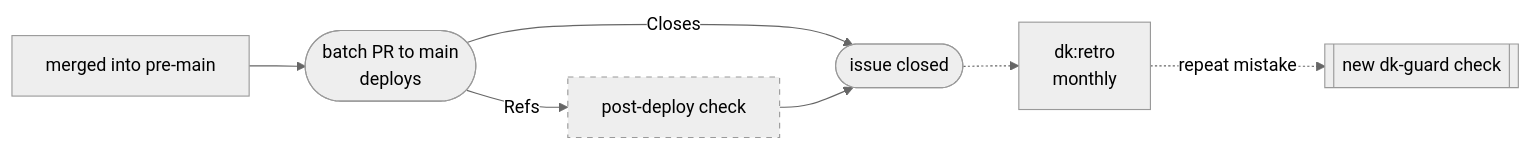
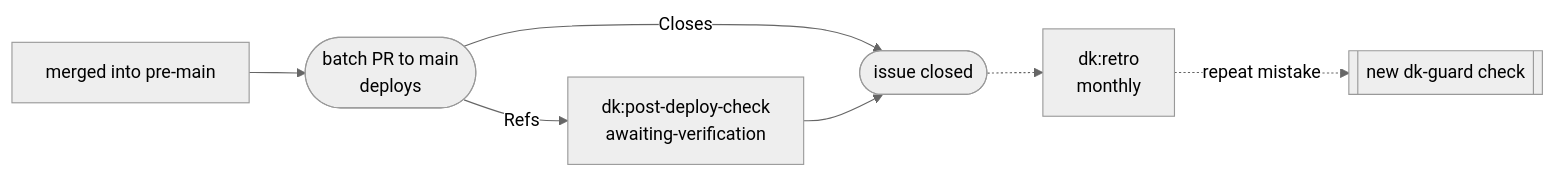
The third of 4 diagrams in README.md (kaminski-dev/dk-agent-kit), drawn with Mermaid (neutral theme) before and after one commit. The commit also changed other lines of this file and 1 other file, not shown here.

Commit message:
Fail the skill check when the README draws a built skill as planned; draw the post-deploy check solid (#12)

````diff
--- a/README.md
+++ b/README.md
@@ -67,11 +67,9 @@
 ```mermaid
 flowchart LR
   pr["merged into pre-main"] --> batch(["batch PR to main<br/>deploys"])
   batch -- "Closes" --> closed(["issue closed"])
-  batch -- "Refs" --> check["post-deploy check"]
+  batch -- "Refs" --> check["dk:post-deploy-check<br/>awaiting-verification"]
   check --> closed
   closed -.-> retro["dk:retro<br/>monthly"]
   retro -. "repeat mistake" .-> guard[["new dk-guard check"]]
-  classDef planned stroke-dasharray: 5 5
-  class check planned
 ```
````
